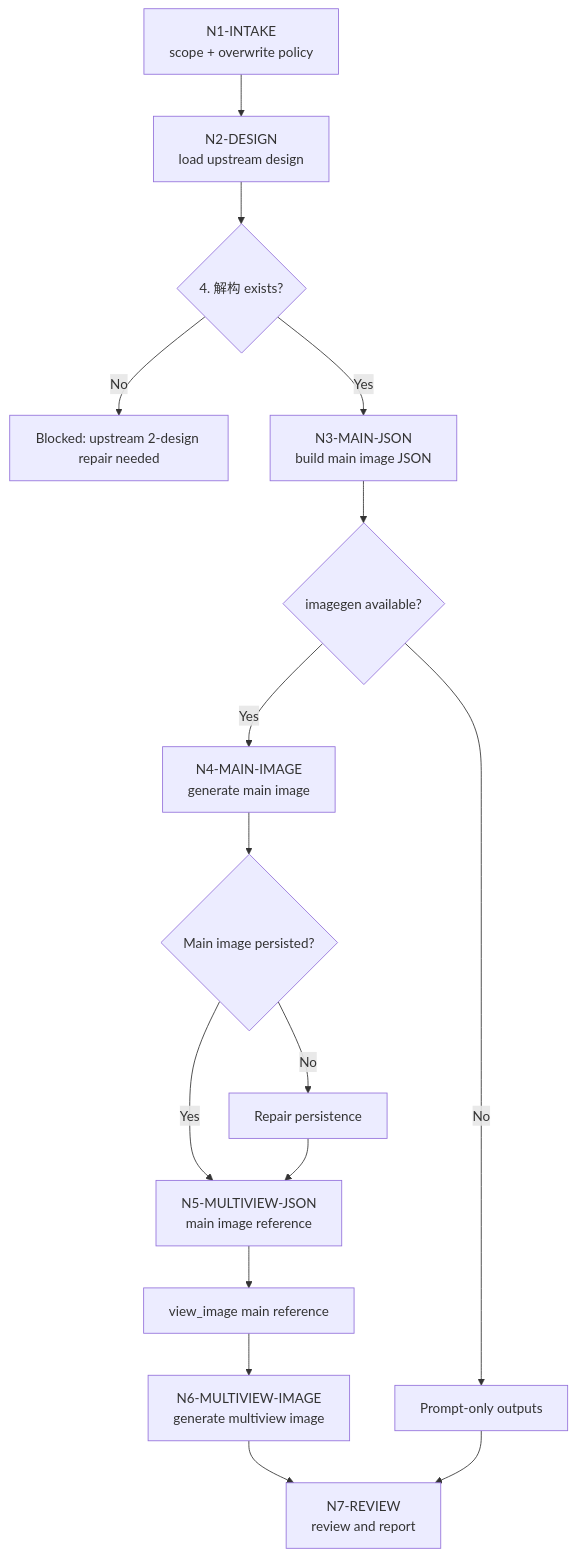
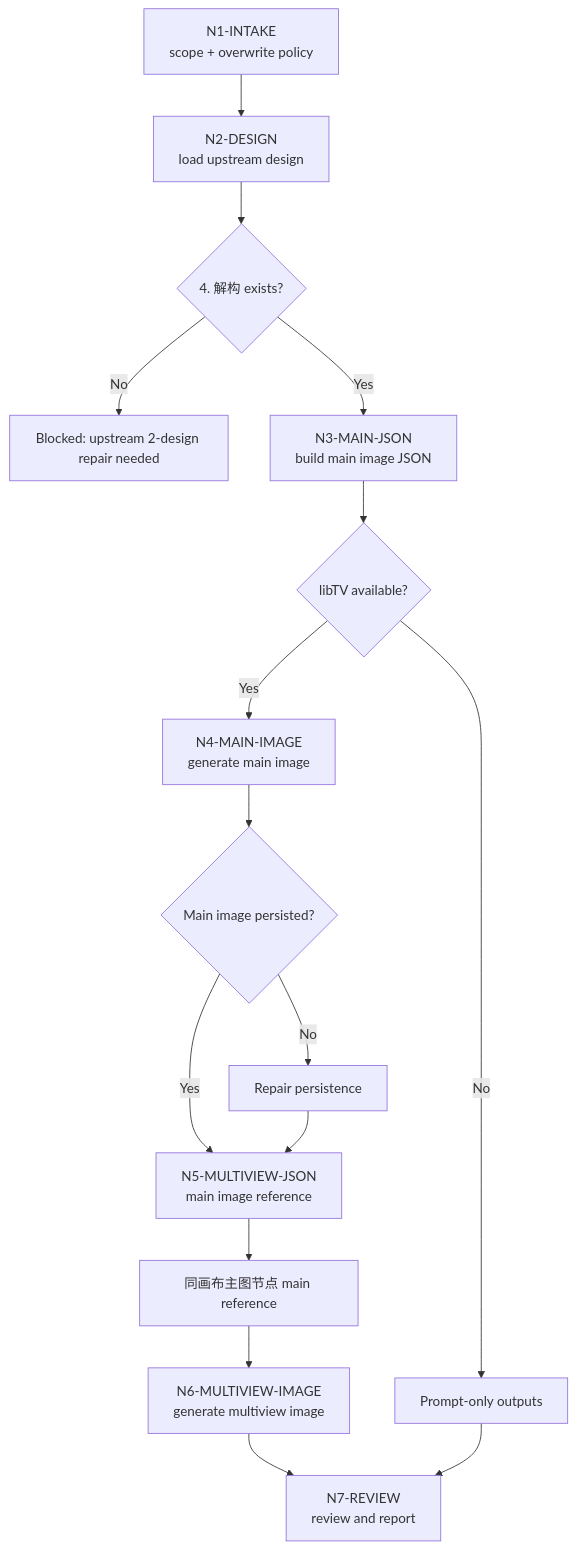
One commit to ZEN-VOID/AI-CUT changed the first of 3 diagrams in .agents/skills/aigc/3-主体/角色/3-生成/references/legacy-character-generation-workflow.md. Above: the diagram before and after it, drawn with Mermaid. The commit also changed other lines of this file and 439 other files, not shown here.

````diff
--- a/.agents/skills/aigc/3-主体/角色/3-生成/references/legacy-character-generation-workflow.md
+++ b/.agents/skills/aigc/3-主体/角色/3-生成/references/legacy-character-generation-workflow.md
@@ -9,18 +9,18 @@
 ```mermaid
 flowchart TD
     A["N1-INTAKE<br/>scope + overwrite policy"] --> B["N2-DESIGN<br/>load upstream design"]
     B --> C{"4. 解构 exists?"}
     C -->|"No"| D["Blocked: upstream 2-design repair needed"]
     C -->|"Yes"| E["N3-MAIN-JSON<br/>build main image JSON"]
-    E --> F{"imagegen available?"}
+    E --> F{"libTV available?"}
     F -->|"No"| G["Prompt-only outputs"]
     F -->|"Yes"| H["N4-MAIN-IMAGE<br/>generate main image"]
     H --> I{"Main image persisted?"}
     I -->|"No"| J["Repair persistence"]
     I -->|"Yes"| K["N5-MULTIVIEW-JSON<br/>main image reference"]
-    K --> V["view_image main reference"]
+    K --> V["同画布主图节点 main reference"]
     V --> L["N6-MULTIVIEW-IMAGE<br/>generate multiview image"]
     L --> M["N7-REVIEW<br/>review and report"]
     G --> M
     J --> K
 ```
````
